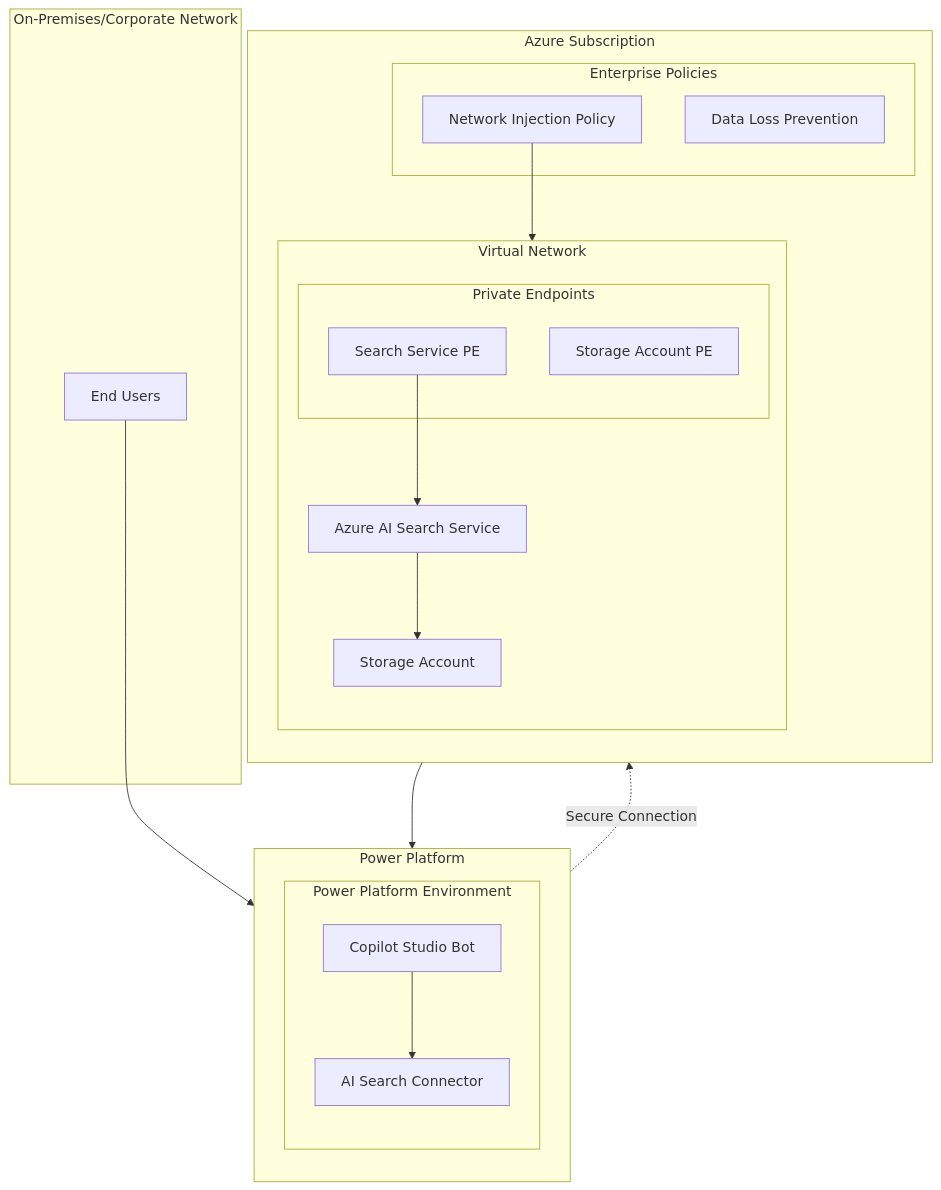
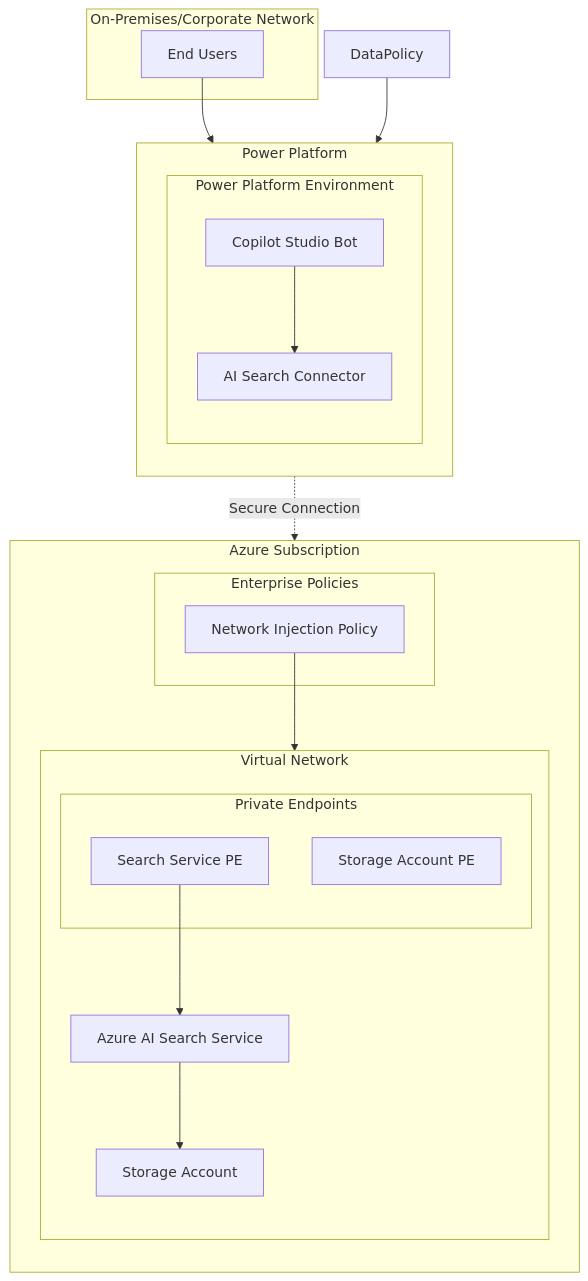
Before and after one commit to Azure-Samples/Copilot-Studio-with-Azure-AI-Search: the diagram in README.md, drawn with Mermaid. The commit also changed other lines of this file, not shown here.

Commit message:
Remove incorrect DLP policy references from README

````diff
--- a/README.md
+++ b/README.md
@@ -62,41 +61,40 @@
 ```mermaid
 graph TD
   subgraph PowerPlatform["Power Platform"]
     direction TB
     subgraph Environment["Power Platform Environment"]
       direction TB
       CopilotStudio[Copilot Studio Bot]
       Connector[AI Search Connector]
     end
   end
 
   subgraph Azure["Azure Subscription"]
     direction TB
     subgraph VNet["Virtual Network"]
       direction TB
       subgraph PrivateEndpoints["Private Endpoints"]
         SearchPE[Search Service PE]
         StoragePE[Storage Account PE]
       end
       AISearch[Azure AI Search Service]
       Storage[Storage Account]
     end
     
     subgraph Policies["Enterprise Policies"]
       NetworkPolicy[Network Injection Policy]
-      DataPolicy[Data Loss Prevention]
     end
   end
 
   subgraph OnPremises["On-Premises/Corporate Network"]
     Users[End Users]
   end
 
   Users --> CopilotStudio
   CopilotStudio --> Connector
   Connector -.->|Secure Connection| SearchPE
   SearchPE --> AISearch
   AISearch --> Storage
   NetworkPolicy --> VNet
   DataPolicy --> Environment
 ```
````
